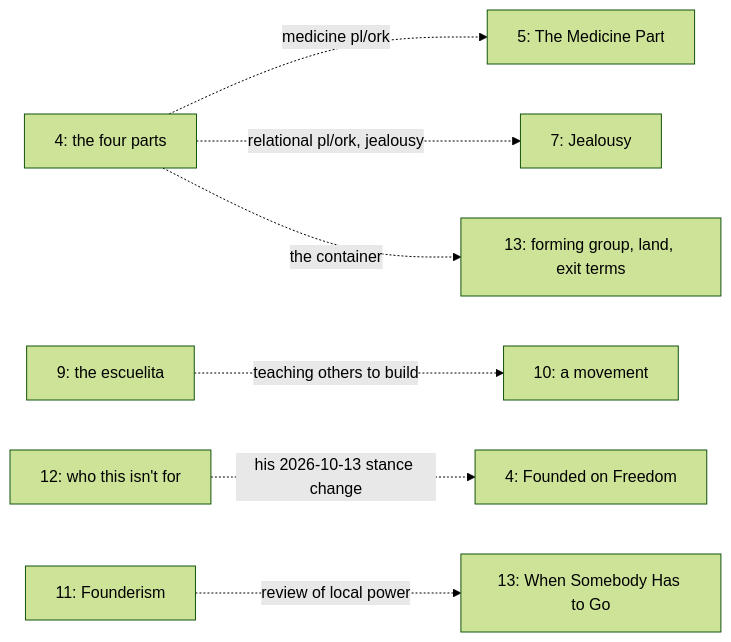
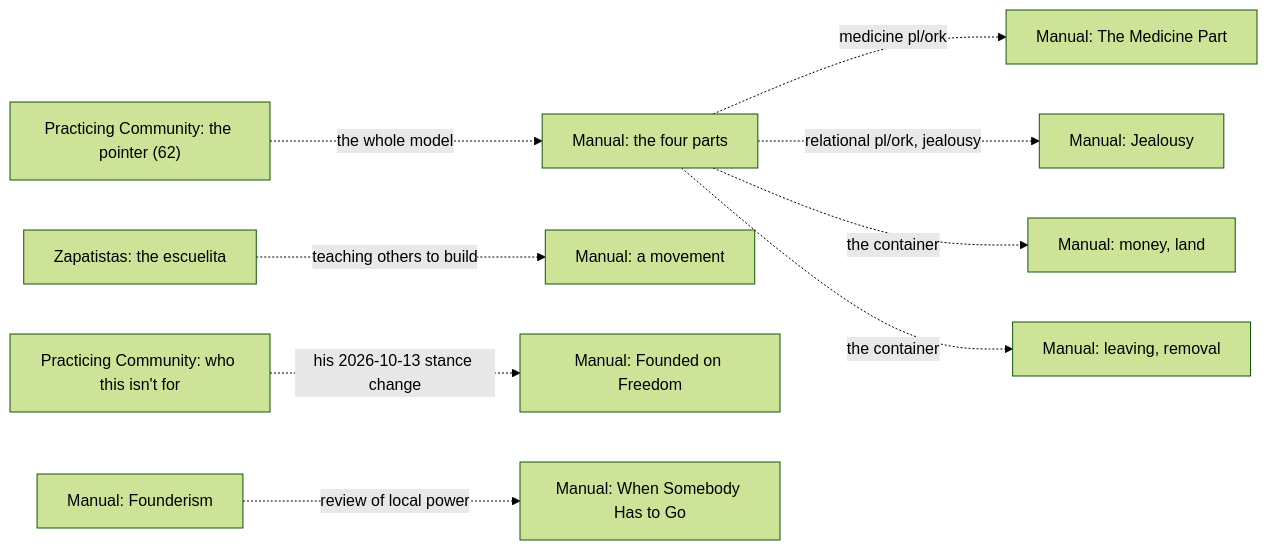
The second of 2 diagrams in articles/intentional-communities/ARCHITECTURE.md (u-dont-existDOTcom/joel-articles), drawn with Mermaid (forest theme) before and after one commit. The commit also changed other lines of this file and 31 other files, not shown here.

First line of the commit message:
Joel 2026-10-25 00:27: community recheck read Human (0 of 72 AI), forecast scored, copy helper for his post, new version promoted to master, map redrawn; lesson E261

````diff
--- a/articles/intentional-communities/ARCHITECTURE.md
+++ b/articles/intentional-communities/ARCHITECTURE.md
@@ -36,9 +44,11 @@
 ```mermaid
 flowchart LR
-    s4p["4: the four parts"] -. "medicine pl/ork" .-> s5p["5: The Medicine Part"]
-    s4p -. "relational pl/ork, jealousy" .-> s7p["7: Jealousy"]
-    s4p -. "the container" .-> s13p["13: forming group, land, exit terms"]
-    s9p["9: the escuelita"] -. "teaching others to build" .-> s10p["10: a movement"]
-    s12p["12: who this isn't for"] -. "his 2026-10-13 stance change" .-> s4f["4: Founded on Freedom"]
-    s11p["11: Founderism"] -. "review of local power" .-> s13w["13: When Somebody Has to Go"]
+    e4p["Practicing Community: the pointer (62)"] -. "the whole model" .-> m1p["Manual: the four parts"]
+    m1p -. "medicine pl/ork" .-> m2p["Manual: The Medicine Part"]
+    m1p -. "relational pl/ork, jealousy" .-> m4p["Manual: Jealousy"]
+    m1p -. "the container" .-> m6p["Manual: money, land"]
+    m1p -. "the container" .-> m9p["Manual: leaving, removal"]
+    e5p["Zapatistas: the escuelita"] -. "teaching others to build" .-> m8p["Manual: a movement"]
+    e4w["Practicing Community: who this isn't for"] -. "his 2026-10-13 stance change" .-> m1f["Manual: Founded on Freedom"]
+    m7p["Manual: Founderism"] -. "review of local power" .-> m9w["Manual: When Somebody Has to Go"]
 ```
````
